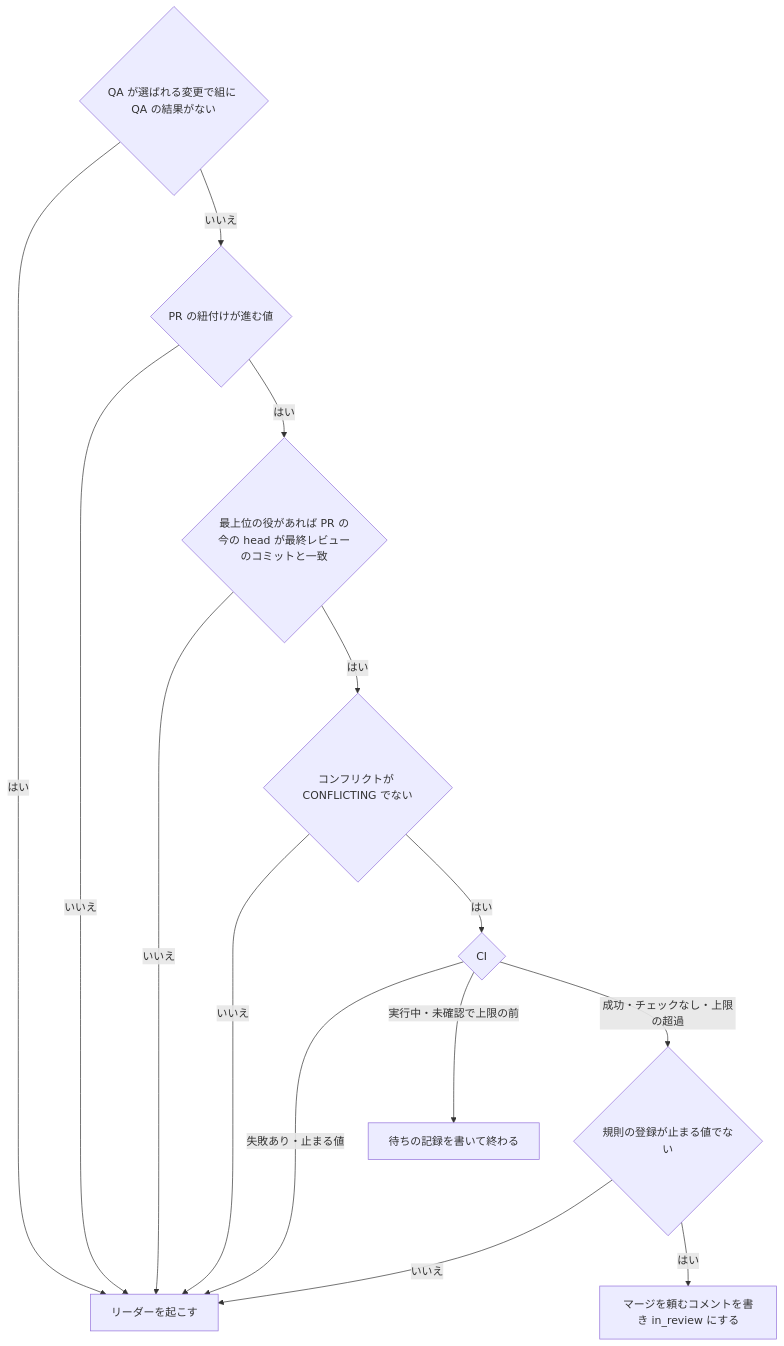
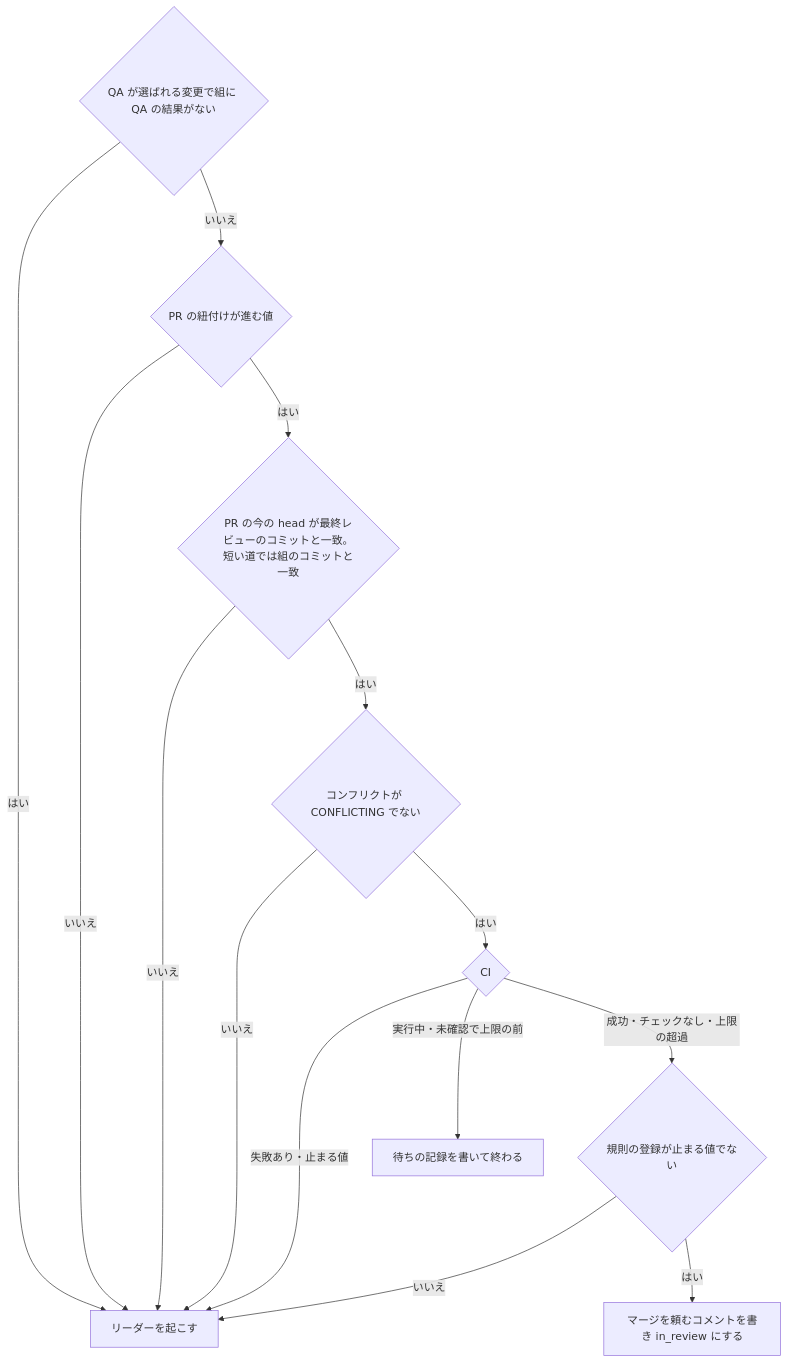
One commit to drecom/multica-squad-kit changed the second of 3 diagrams in docs/review-next-step.md. Above: the diagram before and after it, drawn with Mermaid. The commit also changed other lines of this file and 6 other files, not shown here.

````diff
--- a/docs/review-next-step.md
+++ b/docs/review-next-step.md
@@ -504,16 +508,16 @@
 ```mermaid
 flowchart TD
   A{QA が選ばれる変更で組に QA の結果がない} -- はい --> Z[リーダーを起こす]
   A -- いいえ --> B{PR の紐付けが進む値}
   B -- いいえ --> Z
-  B -- はい --> C{最上位の役があれば PR の今の head が最終レビューのコミットと一致}
+  B -- はい --> C{PR の今の head が最終レビューのコミットと一致。短い道では組のコミットと一致}
   C -- いいえ --> Z
   C -- はい --> D{コンフリクトが CONFLICTING でない}
   D -- いいえ --> Z
   D -- はい --> E{CI}
   E -- 失敗あり・止まる値 --> Z
   E -- 実行中・未確認で上限の前 --> W[待ちの記録を書いて終わる]
   E -- 成功・チェックなし・上限の超過 --> F{規則の登録が止まる値でない}
   F -- いいえ --> Z
   F -- はい --> G[マージを頼むコメントを書き in_review にする]
 ```
````
